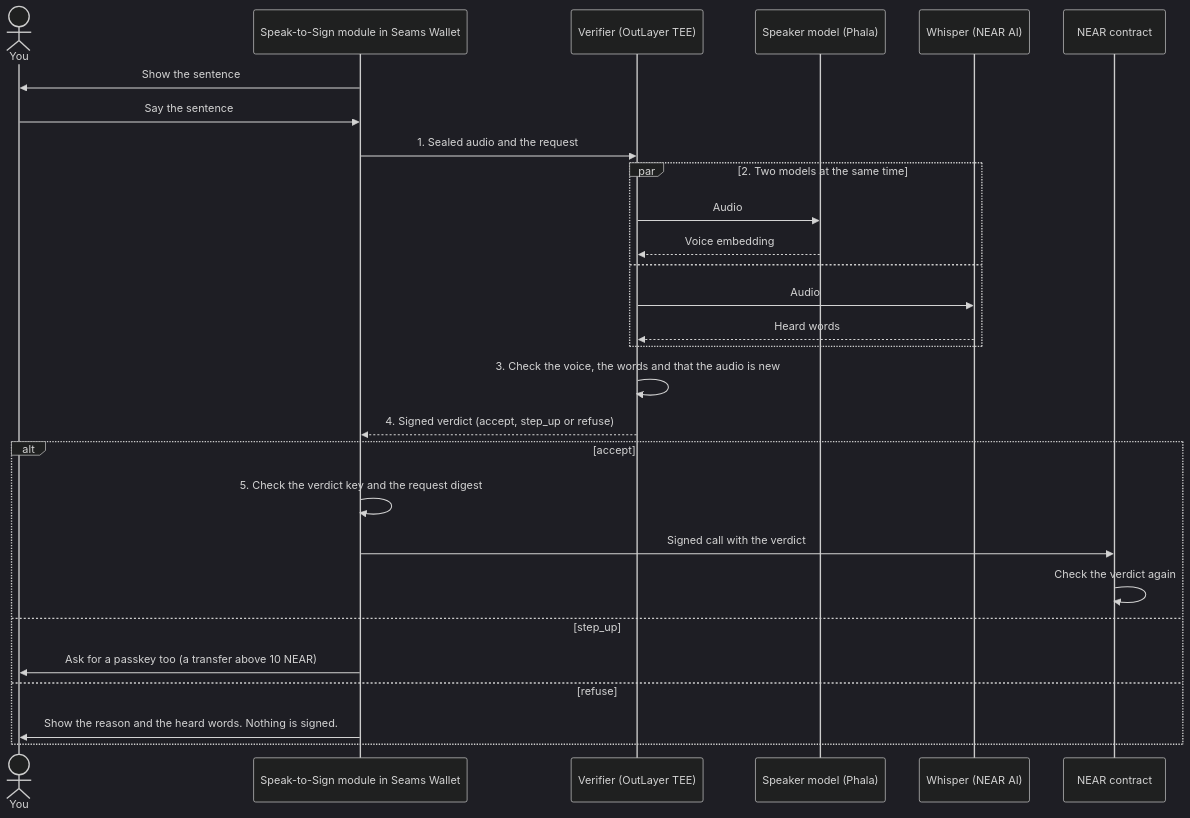
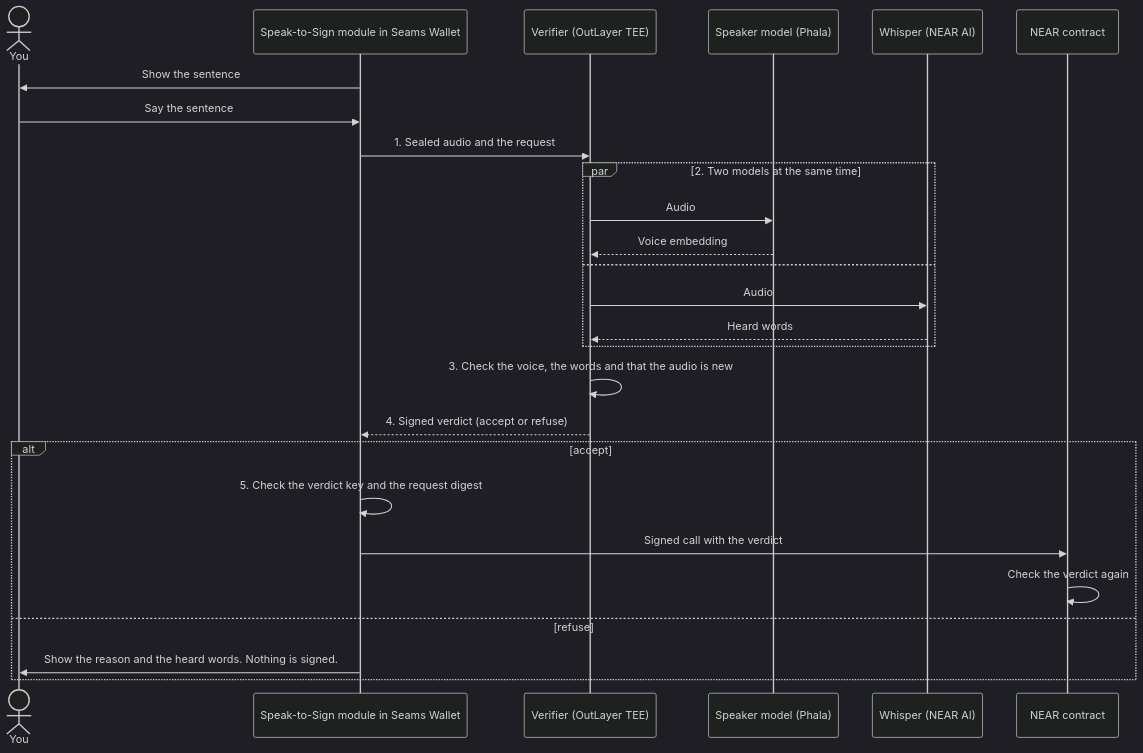
One commit to seams-tech/speak-to-sign changed the second of 2 diagrams in README.md. Above: the diagram before and after it, drawn with Mermaid (dark theme). The commit also changed other lines of this file and 27 other files, not shown here.

First line of the commit message:
Verifier 0.16.0: no policy step, and a transfer above 10 NEAR needs no passkey

````diff
--- a/README.md
+++ b/README.md
@@ -135,31 +135,29 @@
 ```mermaid
 sequenceDiagram
   actor You
   participant Wallet as Speak-to-Sign module in Seams Wallet
   participant Verifier as Verifier (OutLayer TEE)
   participant Speaker as Speaker model (Phala)
   participant Whisper as Whisper (NEAR AI)
   participant Contract as NEAR contract
 
   Wallet->>You: Show the sentence
   You->>Wallet: Say the sentence
   Wallet->>Verifier: 1. Sealed audio and the request
   par 2. Two models at the same time
     Verifier->>Speaker: Audio
     Speaker-->>Verifier: Voice embedding
   and
     Verifier->>Whisper: Audio
     Whisper-->>Verifier: Heard words
   end
   Verifier->>Verifier: 3. Check the voice, the words and that the audio is new
-  Verifier-->>Wallet: 4. Signed verdict (accept, step_up or refuse)
+  Verifier-->>Wallet: 4. Signed verdict (accept or refuse)
   alt accept
     Wallet->>Wallet: 5. Check the verdict key and the request digest
     Wallet->>Contract: Signed call with the verdict
     Contract->>Contract: Check the verdict again
-  else step_up
-    Wallet->>You: Ask for a passkey too (a transfer above 10 NEAR)
   else refuse
     Wallet->>You: Show the reason and the heard words. Nothing is signed.
   end
 ```
````
